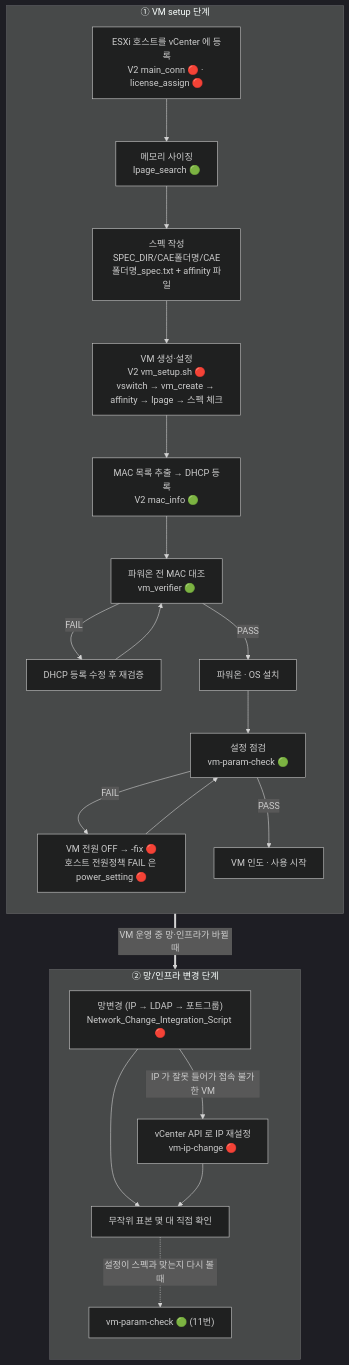
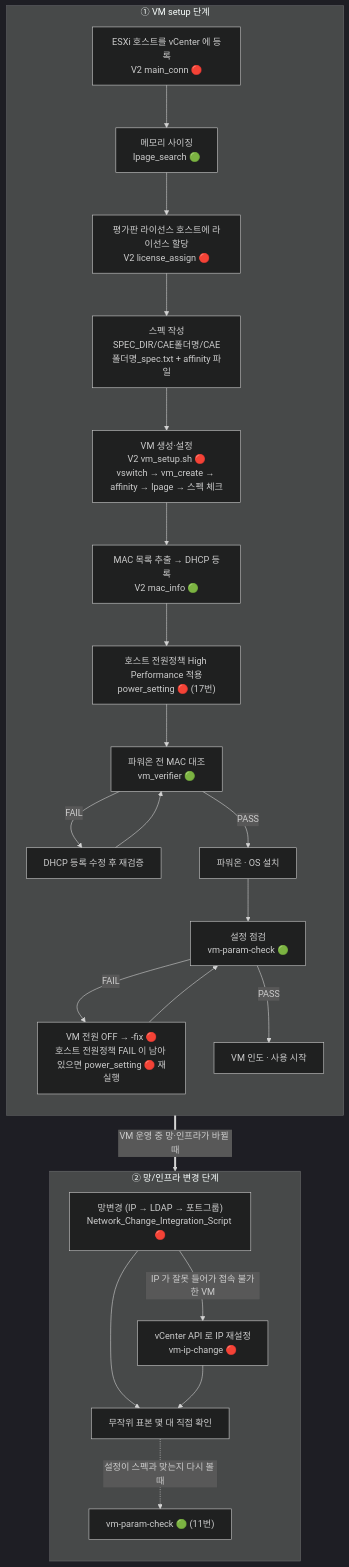
The diagram in .claude/VM/인수인계/README.md (qazx2675/myrepo), drawn with Mermaid (dark theme) before and after one commit. The commit also changed 4 other files, not shown here.

First line of the commit message:
docs(VM/인수인계): 전체 흐름도에 license_assign·power_setting 단계 보완, y/n 라벨 가독성 개선

````diff
--- a/.claude/VM/인수인계/README.md
+++ b/.claude/VM/인수인계/README.md
@@ -26,31 +26,33 @@
 ```mermaid
 flowchart TD
     subgraph S1["① VM setup 단계"]
         direction TB
-        A["ESXi 호스트를 vCenter 에 등록<br/>V2 main_conn 🔴 · license_assign 🔴"] --> B["메모리 사이징<br/>lpage_search 🟢"]
-        B --> C["스펙 작성<br/>SPEC_DIR/CAE폴더명/CAE폴더명_spec.txt + affinity 파일"]
+        A["ESXi 호스트를 vCenter 에 등록<br/>V2 main_conn 🔴"] --> B["메모리 사이징<br/>lpage_search 🟢"]
+        B --> B1["평가판 라이선스 호스트에 라이선스 할당<br/>V2 license_assign 🔴"]
+        B1 --> C["스펙 작성<br/>SPEC_DIR/CAE폴더명/CAE폴더명_spec.txt + affinity 파일"]
         C --> D["VM 생성·설정<br/>V2 vm_setup.sh 🔴<br/>vswitch → vm_create → affinity → lpage → 스펙 체크"]
         D --> E["MAC 목록 추출 → DHCP 등록<br/>V2 mac_info 🟢"]
-        E --> F["파워온 전 MAC 대조<br/>vm_verifier 🟢"]
+        E --> E1["호스트 전원정책 High Performance 적용<br/>power_setting 🔴 (17번)"]
+        E1 --> F["파워온 전 MAC 대조<br/>vm_verifier 🟢"]
         F -- FAIL --> F1["DHCP 등록 수정 후 재검증"] --> F
         F -- PASS --> G["파워온 · OS 설치"]
         G --> H["설정 점검<br/>vm-param-check 🟢"]
-        H -- FAIL --> H1["VM 전원 OFF → -fix 🔴<br/>호스트 전원정책 FAIL 은 power_setting 🔴"] --> H
+        H -- FAIL --> H1["VM 전원 OFF → -fix 🔴<br/>호스트 전원정책 FAIL 이 남아 있으면 power_setting 🔴 재실행"] --> H
         H -- PASS --> I["VM 인도 · 사용 시작"]
     end
     subgraph S2["② 망/인프라 변경 단계"]
         direction TB
         J["망변경 (IP → LDAP → 포트그룹)<br/>Network_Change_Integration_Script 🔴"]
         J -- "IP 가 잘못 들어가 접속 불가한 VM" --> K["vCenter API 로 IP 재설정<br/>vm-ip-change 🔴"]
         J --> L["무작위 표본 몇 대 직접 확인"]
         K --> L
         L -. "설정이 스펙과 맞는지 다시 볼 때" .-> M["vm-param-check 🟢 (11번)"]
     end
     S1 ==>|"VM 운영 중 망·인프라가 바뀔 때"| S2
-    class A,D,H1,J,K change
+    class A,D,B1,E1,H1,J,K change
     class B,E,M cmd
     class C input
     class F,H gate
     class F1 warn
     class I,L safe
 ```
````
